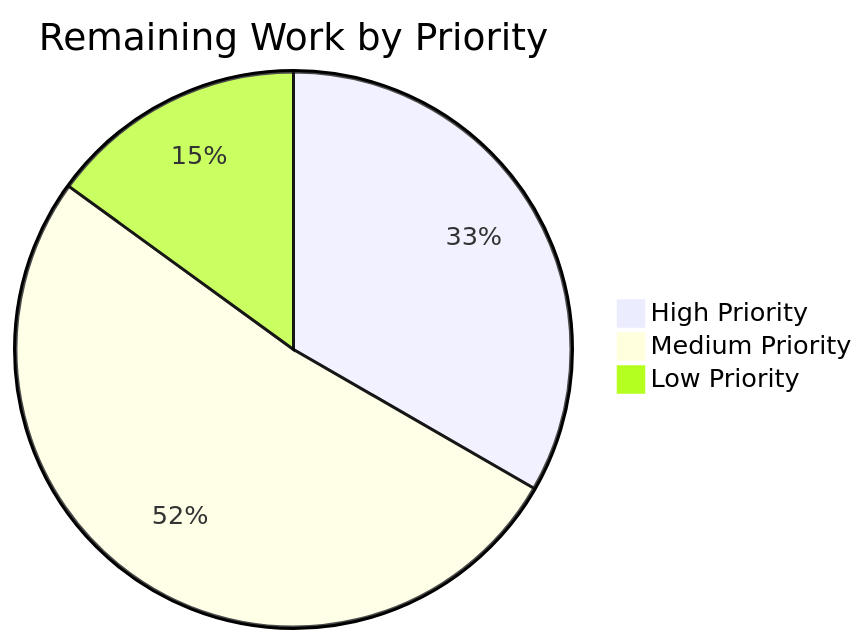
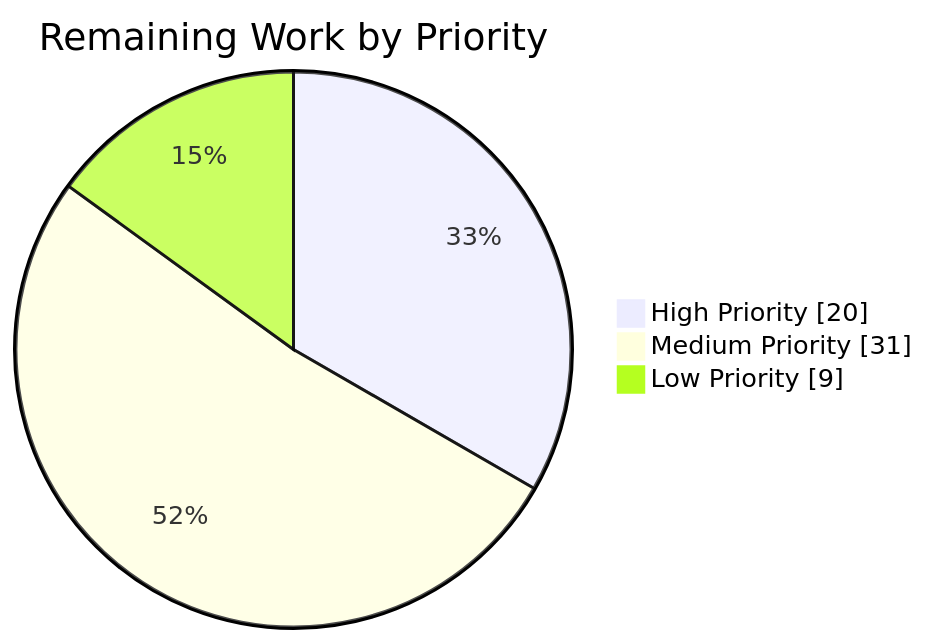
One commit to Blitzy-Sandbox/blitzy-wordpress changed the third of 3 diagrams in docs/project-guide.md. Above: the diagram before and after it, drawn with Mermaid. The commit also changed other lines of this file and 10 other files, not shown here.

````diff
--- a/docs/project-guide.md
+++ b/docs/project-guide.md
@@ -254,6 +257,6 @@
 ```mermaid
-pie title Remaining Work by Priority
+pie showData title Remaining Work by Priority
     "High Priority" : 20
     "Medium Priority" : 31
     "Low Priority" : 9
 ```
````
